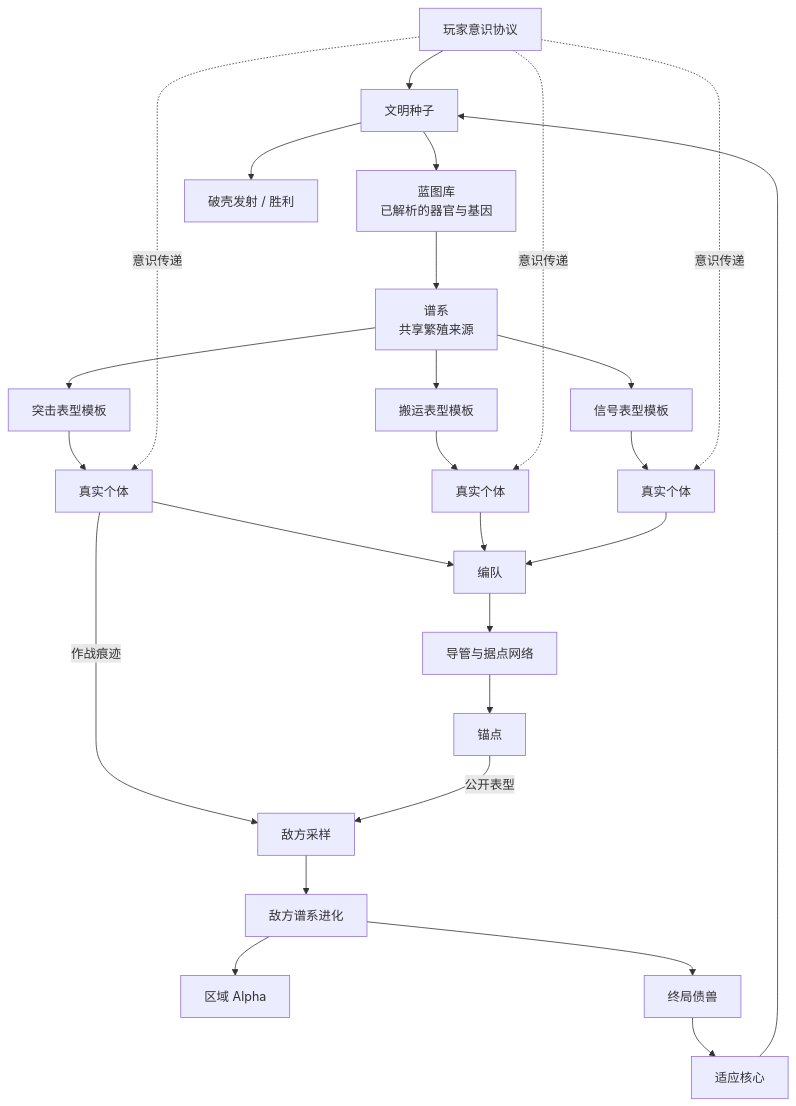
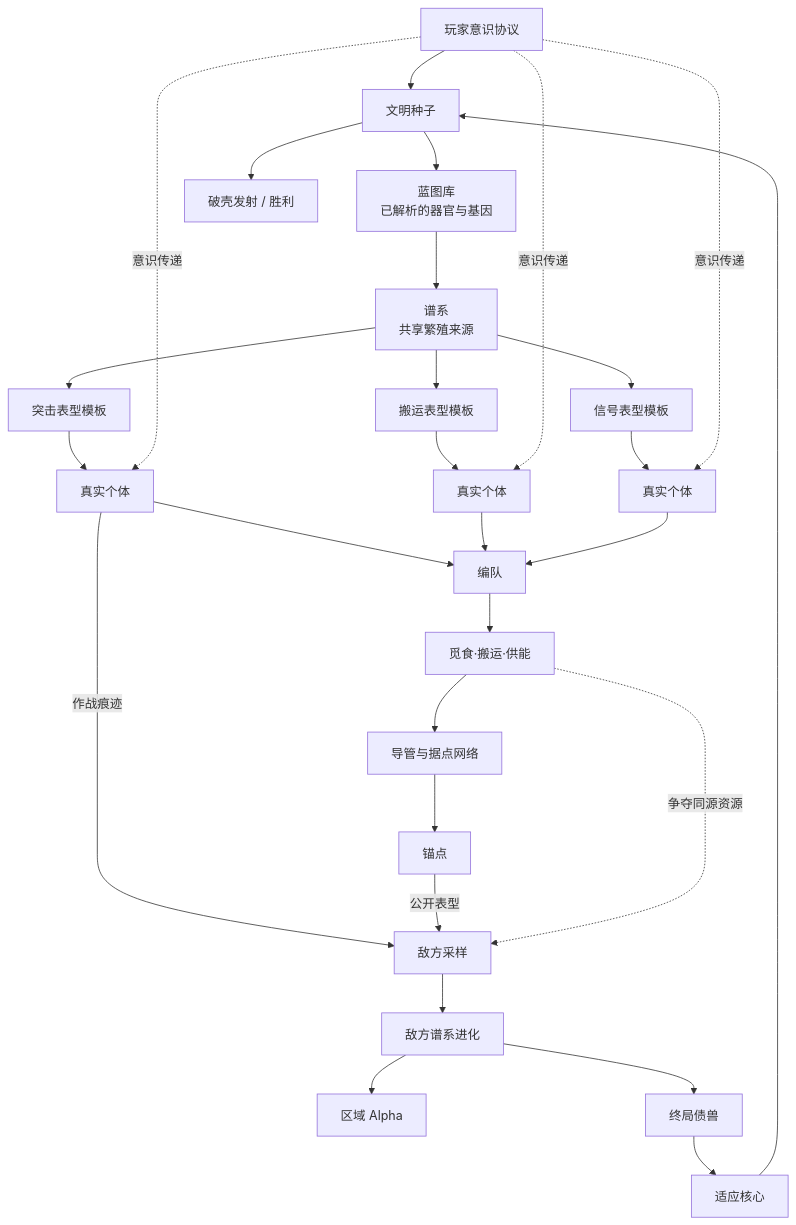
One commit to silencebin1993/TEngine changed the first of 2 diagrams in UnityProject/DesignDocs/ProjectA_GDD.md. Above: the diagram before and after it, drawn with Mermaid. The commit also changed other lines of this file and 11 other files, not shown here.

```diff
--- a/UnityProject/DesignDocs/ProjectA_GDD.md
+++ b/UnityProject/DesignDocs/ProjectA_GDD.md
@@ -147,28 +156,30 @@
 ~~~mermaid
 flowchart TD
     P[玩家意识协议] --> S[文明种子]
     S --> B[蓝图库\n已解析的器官与基因]
     B --> L[谱系\n共享繁殖来源]
     L --> T1[突击表型模板]
     L --> T2[搬运表型模板]
     L --> T3[信号表型模板]
     T1 --> I1[真实个体]
     T2 --> I2[真实个体]
     T3 --> I3[真实个体]
     I1 --> Q[编队]
     I2 --> Q
     I3 --> Q
-    Q --> N[导管与据点网络]
+    Q --> R[觅食·搬运·供能]
+    R --> N[导管与据点网络]
     N --> A[锚点]
     P -.意识传递.-> I1
     P -.意识传递.-> I2
     P -.意识传递.-> I3
     I1 -->|作战痕迹| E[敌方采样]
     A -->|公开表型| E
+    R -.争夺同源资源.-> E
     E --> V[敌方谱系进化]
     V --> M[区域 Alpha]
     V --> D[终局债兽]
     D --> C[适应核心]
     C --> S
     S --> W[破壳发射 / 胜利]
 ~~~
```
